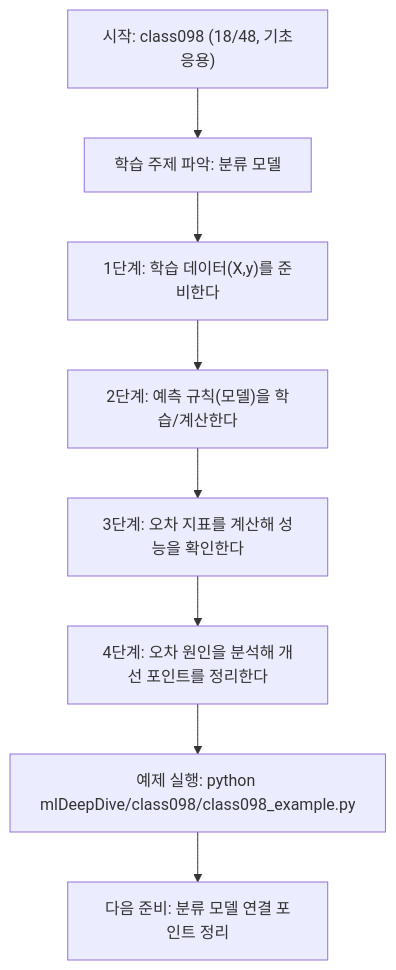
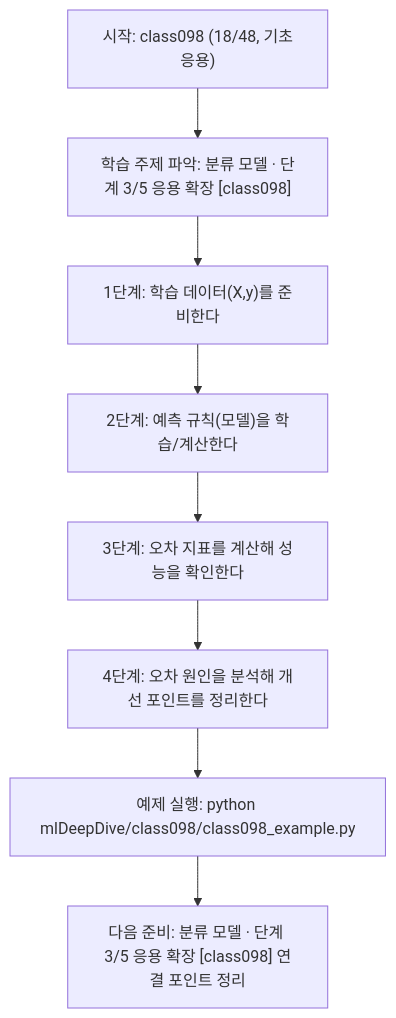
One commit to edumgt/Python-AI_Agent-Class changed the diagram in mlDeepDive/class098/class098.md. Above: the diagram before and after it, drawn with Mermaid. The commit also changed other lines of this file and 522 other files, not shown here.

````diff
--- a/mlDeepDive/class098/class098.md
+++ b/mlDeepDive/class098/class098.md
@@ -108,18 +109,18 @@
 ```mermaid
 flowchart TD
 N1["시작: class098 (18/48, 기초응용)"]
-N2["학습 주제 파악: 분류 모델"]
+N2["학습 주제 파악: 분류 모델 · 단계 3/5 응용 확장 [class098]"]
 N3["1단계: 학습 데이터(X,y)를 준비한다"]
 N4["2단계: 예측 규칙(모델)을 학습/계산한다"]
 N5["3단계: 오차 지표를 계산해 성능을 확인한다"]
 N6["4단계: 오차 원인을 분석해 개선 포인트를 정리한다"]
 N7["예제 실행: python mlDeepDive/class098/class098_example.py"]
-N8["다음 준비: 분류 모델 연결 포인트 정리"]
+N8["다음 준비: 분류 모델 · 단계 3/5 응용 확장 [class098] 연결 포인트 정리"]
 N1 --> N2
 N2 --> N3
 N3 --> N4
 N4 --> N5
 N5 --> N6
 N6 --> N7
 N7 --> N8
 ```
````
